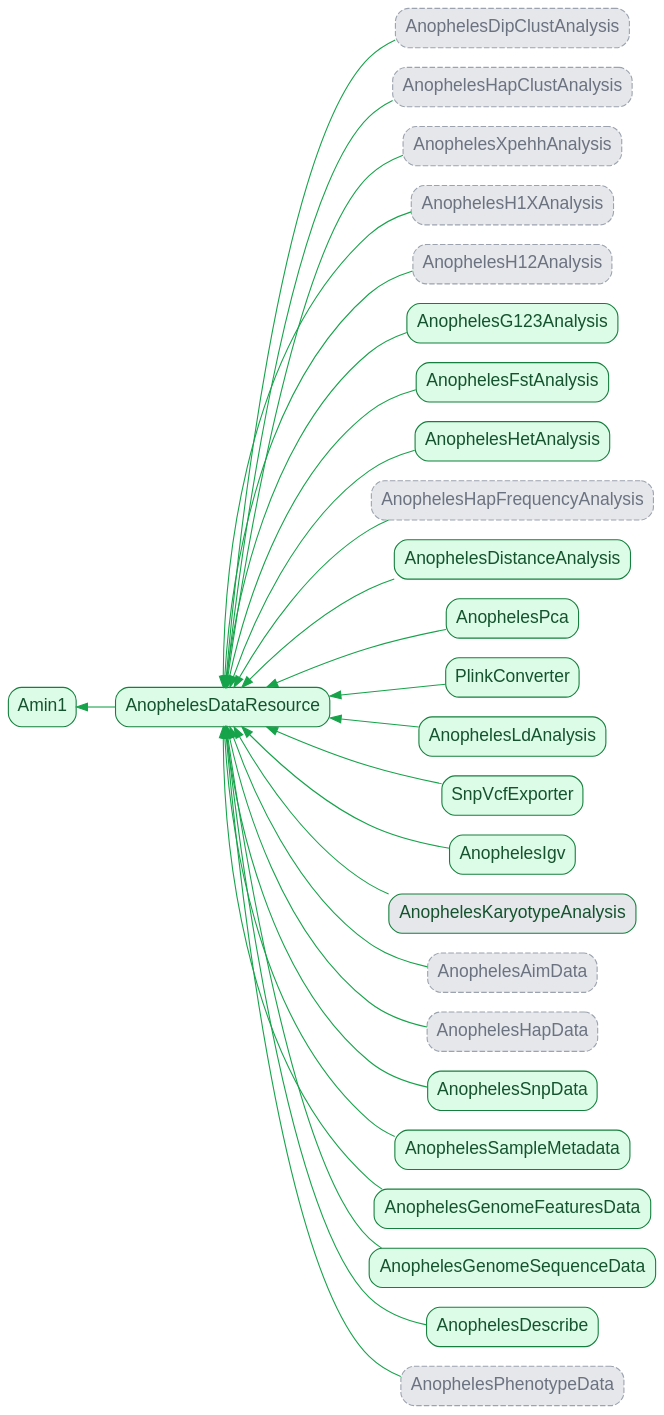
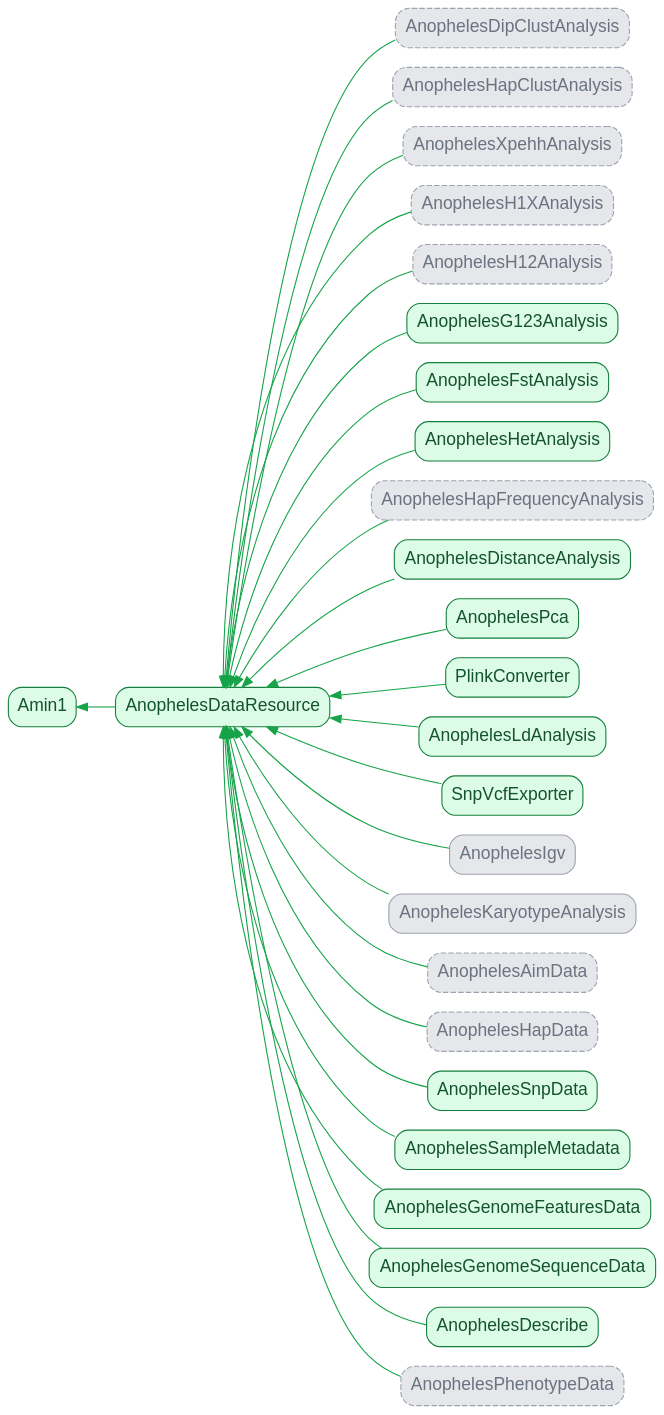
Before and after one commit to malariagen/malariagen-data-python: the diagram in docs/source/_static/diagrams/amin1_composition.dot, drawn with Graphviz. The commit also changed 5 other files, not shown here.

```diff
--- a/docs/source/_static/diagrams/amin1_composition.dot
+++ b/docs/source/_static/diagrams/amin1_composition.dot
@@ -1,61 +1,61 @@
 digraph inheritance {
     bgcolor="transparent";
     rankdir=RL;
     fontsize=16;
     node [fontsize=16, shape=box, fontname="Helvetica,Arial,sans-serif"];
     edge [color="#16a34a"];
 
     "Amin1" [style="filled,rounded", fillcolor="#dcfce7", color="#15803d", fontcolor="#14532d", tooltip="Anopheles minimus."];
     "AnophelesDataResource" -> "Amin1";
 
     "AnophelesDataResource" [style="filled,rounded", fillcolor="#dcfce7", color="#15803d", fontcolor="#14532d", URL="generated/malariagen_data.anopheles.AnophelesDataResource.html#malariagen_data.anopheles.AnophelesDataResource", tooltip="Composes every analysis mixin into one API."];
 
     "AnophelesDipClustAnalysis" [style="filled,rounded,dashed", fillcolor="#e5e7eb", color="#9ca3af", fontcolor="#6b7280", URL="generated/malariagen_data.anoph.dipclust.AnophelesDipClustAnalysis.html#malariagen_data.anoph.dipclust.AnophelesDipClustAnalysis", tooltip="Inherited, but not backed by real data for Amin1 - Hierarchical clustering of diplotypes (combines CNV + SNP frequency data)."];
     "AnophelesDipClustAnalysis" -> "AnophelesDataResource";
     "AnophelesHapClustAnalysis" [style="filled,rounded,dashed", fillcolor="#e5e7eb", color="#9ca3af", fontcolor="#6b7280", URL="generated/malariagen_data.anoph.hapclust.AnophelesHapClustAnalysis.html#malariagen_data.anoph.hapclust.AnophelesHapClustAnalysis", tooltip="Inherited, but not backed by real data for Amin1 - Hierarchical clustering and sharing analysis of phased haplotypes."];
     "AnophelesHapClustAnalysis" -> "AnophelesDataResource";
     "AnophelesXpehhAnalysis" [style="filled,rounded,dashed", fillcolor="#e5e7eb", color="#9ca3af", fontcolor="#6b7280", URL="generated/malariagen_data.anoph.xpehh.AnophelesXpehhAnalysis.html#malariagen_data.anoph.xpehh.AnophelesXpehhAnalysis", tooltip="Inherited, but not backed by real data for Amin1 - Cross-population extended haplotype homozygosity (XP-EHH) selection scans."];
     "AnophelesXpehhAnalysis" -> "AnophelesDataResource";
     "AnophelesH1XAnalysis" [style="filled,rounded,dashed", fillcolor="#e5e7eb", color="#9ca3af", fontcolor="#6b7280", URL="generated/malariagen_data.anoph.h1x.AnophelesH1XAnalysis.html#malariagen_data.anoph.h1x.AnophelesH1XAnalysis", tooltip="Inherited, but not backed by real data for Amin1 - H1X genome-wide scans for differentiation between two cohorts."];
     "AnophelesH1XAnalysis" -> "AnophelesDataResource";
     "AnophelesH12Analysis" [style="filled,rounded,dashed", fillcolor="#e5e7eb", color="#9ca3af", fontcolor="#6b7280", URL="generated/malariagen_data.anoph.h12.AnophelesH12Analysis.html#malariagen_data.anoph.h12.AnophelesH12Analysis", tooltip="Inherited, but not backed by real data for Amin1 - H12 genome-wide selection scans and calibration."];
     "AnophelesH12Analysis" -> "AnophelesDataResource";
     "AnophelesG123Analysis" [style="filled,rounded", fillcolor="#dcfce7", color="#15803d", fontcolor="#14532d", URL="generated/malariagen_data.anoph.g123.AnophelesG123Analysis.html#malariagen_data.anoph.g123.AnophelesG123Analysis", tooltip="G123 genome-wide selection scans and calibration (unphased genotypes)."];
     "AnophelesG123Analysis" -> "AnophelesDataResource";
     "AnophelesFstAnalysis" [style="filled,rounded", fillcolor="#dcfce7", color="#15803d", fontcolor="#14532d", URL="generated/malariagen_data.anoph.fst.AnophelesFstAnalysis.html#malariagen_data.anoph.fst.AnophelesFstAnalysis", tooltip="Fst (genetic differentiation) statistics, gwss and pairwise cohort comparisons."];
     "AnophelesFstAnalysis" -> "AnophelesDataResource";
     "AnophelesHetAnalysis" [style="filled,rounded", fillcolor="#dcfce7", color="#15803d", fontcolor="#14532d", URL="generated/malariagen_data.anoph.heterozygosity.AnophelesHetAnalysis.html#malariagen_data.anoph.heterozygosity.AnophelesHetAnalysis", tooltip="Per-sample and per-cohort heterozygosity, and runs-of-homozygosity (ROH)."];
     "AnophelesHetAnalysis" -> "AnophelesDataResource";
     "AnophelesHapFrequencyAnalysis" [style="filled,rounded,dashed", fillcolor="#e5e7eb", color="#9ca3af", fontcolor="#6b7280", URL="generated/malariagen_data.anoph.hap_frq.AnophelesHapFrequencyAnalysis.html#malariagen_data.anoph.hap_frq.AnophelesHapFrequencyAnalysis", tooltip="Inherited, but not backed by real data for Amin1 - Haplotype frequency calculations, by cohort."];
     "AnophelesHapFrequencyAnalysis" -> "AnophelesDataResource";
     "AnophelesDistanceAnalysis" [style="filled,rounded", fillcolor="#dcfce7", color="#15803d", fontcolor="#14532d", URL="generated/malariagen_data.anoph.distance.AnophelesDistanceAnalysis.html#malariagen_data.anoph.distance.AnophelesDistanceAnalysis", tooltip="Pairwise genetic distance matrices and neighbour-joining trees."];
     "AnophelesDistanceAnalysis" -> "AnophelesDataResource";
     "AnophelesPca" [style="filled,rounded", fillcolor="#dcfce7", color="#15803d", fontcolor="#14532d", URL="generated/malariagen_data.anoph.pca.AnophelesPca.html#malariagen_data.anoph.pca.AnophelesPca", tooltip="Principal components analysis of biallelic SNPs."];
     "AnophelesPca" -> "AnophelesDataResource";
     "PlinkConverter" [style="filled,rounded", fillcolor="#dcfce7", color="#15803d", fontcolor="#14532d", URL="generated/malariagen_data.anoph.to_plink.PlinkConverter.html#malariagen_data.anoph.to_plink.PlinkConverter", tooltip="Export biallelic SNP calls to PLINK format."];
     "PlinkConverter" -> "AnophelesDataResource";
     "AnophelesLdAnalysis" [style="filled,rounded", fillcolor="#dcfce7", color="#15803d", fontcolor="#14532d", URL="generated/malariagen_data.anoph.ld.AnophelesLdAnalysis.html#malariagen_data.anoph.ld.AnophelesLdAnalysis", tooltip="Linkage-disequilibrium pruning of biallelic SNP calls."];
     "AnophelesLdAnalysis" -> "AnophelesDataResource";
     "SnpVcfExporter" [style="filled,rounded", fillcolor="#dcfce7", color="#15803d", fontcolor="#14532d", URL="generated/malariagen_data.anoph.to_vcf.SnpVcfExporter.html#malariagen_data.anoph.to_vcf.SnpVcfExporter", tooltip="Export SNP calls to VCF format."];
     "SnpVcfExporter" -> "AnophelesDataResource";
-    "AnophelesIgv" [style="filled,rounded", fillcolor="#dcfce7", color="#15803d", fontcolor="#14532d", URL="generated/malariagen_data.anoph.igv.AnophelesIgv.html#malariagen_data.anoph.igv.AnophelesIgv", tooltip="Embed an IGV.js genome browser / view read alignments."];
+    "AnophelesIgv" [style="filled,rounded", fillcolor="#e5e7eb", color="#9ca3af", fontcolor="#6b7280", URL="generated/malariagen_data.anoph.igv.AnophelesIgv.html#malariagen_data.anoph.igv.AnophelesIgv", tooltip="Embed an IGV.js genome browser / view read alignments."];
     "AnophelesIgv" -> "AnophelesDataResource";
-    "AnophelesKaryotypeAnalysis" [style="filled,rounded", fillcolor="#e5e7eb", color="#15803d", fontcolor="#14532d", URL="generated/malariagen_data.anoph.karyotype.AnophelesKaryotypeAnalysis.html#malariagen_data.anoph.karyotype.AnophelesKaryotypeAnalysis", tooltip="Chromosomal inversion karyotyping from tag SNPs."];
+    "AnophelesKaryotypeAnalysis" [style="filled,rounded", fillcolor="#e5e7eb", color="#9ca3af", fontcolor="#6b7280", URL="generated/malariagen_data.anoph.karyotype.AnophelesKaryotypeAnalysis.html#malariagen_data.anoph.karyotype.AnophelesKaryotypeAnalysis", tooltip="Chromosomal inversion karyotyping from tag SNPs."];
     "AnophelesKaryotypeAnalysis" -> "AnophelesDataResource";
     "AnophelesAimData" [style="filled,rounded,dashed", fillcolor="#e5e7eb", color="#9ca3af", fontcolor="#6b7280", URL="generated/malariagen_data.anoph.aim_data.AnophelesAimData.html#malariagen_data.anoph.aim_data.AnophelesAimData", tooltip="Inherited, but not backed by real data for Amin1 - Ancestry-informative marker (AIM) variant and species-call access."];
     "AnophelesAimData" -> "AnophelesDataResource";
     "AnophelesHapData" [style="filled,rounded,dashed", fillcolor="#e5e7eb", color="#9ca3af", fontcolor="#6b7280", URL="generated/malariagen_data.anoph.hap_data.AnophelesHapData.html#malariagen_data.anoph.hap_data.AnophelesHapData", tooltip="Inherited, but not backed by real data for Amin1 - Access to phased haplotype reference panel data."];
     "AnophelesHapData" -> "AnophelesDataResource";
     "AnophelesSnpData" [style="filled,rounded", fillcolor="#dcfce7", color="#15803d", fontcolor="#14532d", URL="generated/malariagen_data.anoph.snp_data.AnophelesSnpData.html#malariagen_data.anoph.snp_data.AnophelesSnpData", tooltip="Core SNP genotype, site filter and site annotation data access."];
     "AnophelesSnpData" -> "AnophelesDataResource";
     "AnophelesSampleMetadata" [style="filled,rounded", fillcolor="#dcfce7", color="#15803d", fontcolor="#14532d", URL="generated/malariagen_data.anoph.sample_metadata.AnophelesSampleMetadata.html#malariagen_data.anoph.sample_metadata.AnophelesSampleMetadata", tooltip="Sample and cohort metadata access."];
     "AnophelesSampleMetadata" -> "AnophelesDataResource";
     "AnophelesGenomeFeaturesData" [style="filled,rounded", fillcolor="#dcfce7", color="#15803d", fontcolor="#14532d", URL="generated/malariagen_data.anoph.genome_features.AnophelesGenomeFeaturesData.html#malariagen_data.anoph.genome_features.AnophelesGenomeFeaturesData", tooltip="GFF3 genome feature annotation access (genes, transcripts, exons)."];
     "AnophelesGenomeFeaturesData" -> "AnophelesDataResource";
     "AnophelesGenomeSequenceData" [style="filled,rounded", fillcolor="#dcfce7", color="#15803d", fontcolor="#14532d", URL="generated/malariagen_data.anoph.genome_sequence.AnophelesGenomeSequenceData.html#malariagen_data.anoph.genome_sequence.AnophelesGenomeSequenceData", tooltip="Reference genome sequence access."];
     "AnophelesGenomeSequenceData" -> "AnophelesDataResource";
     "AnophelesDescribe" [style="filled,rounded", fillcolor="#dcfce7", color="#15803d", fontcolor="#14532d", URL="generated/malariagen_data.anoph.describe.AnophelesDescribe.html#malariagen_data.anoph.describe.AnophelesDescribe", tooltip="API introspection and discovery (describe_api)."];
     "AnophelesDescribe" -> "AnophelesDataResource";
     "AnophelesPhenotypeData" [style="filled,rounded,dashed", fillcolor="#e5e7eb", color="#9ca3af", fontcolor="#6b7280", URL="generated/malariagen_data.anoph.phenotypes.AnophelesPhenotypeData.html#malariagen_data.anoph.phenotypes.AnophelesPhenotypeData", tooltip="Inherited, but not backed by real data for Amin1 - Insecticide resistance phenotype data access."];
     "AnophelesPhenotypeData" -> "AnophelesDataResource";
 }
```
